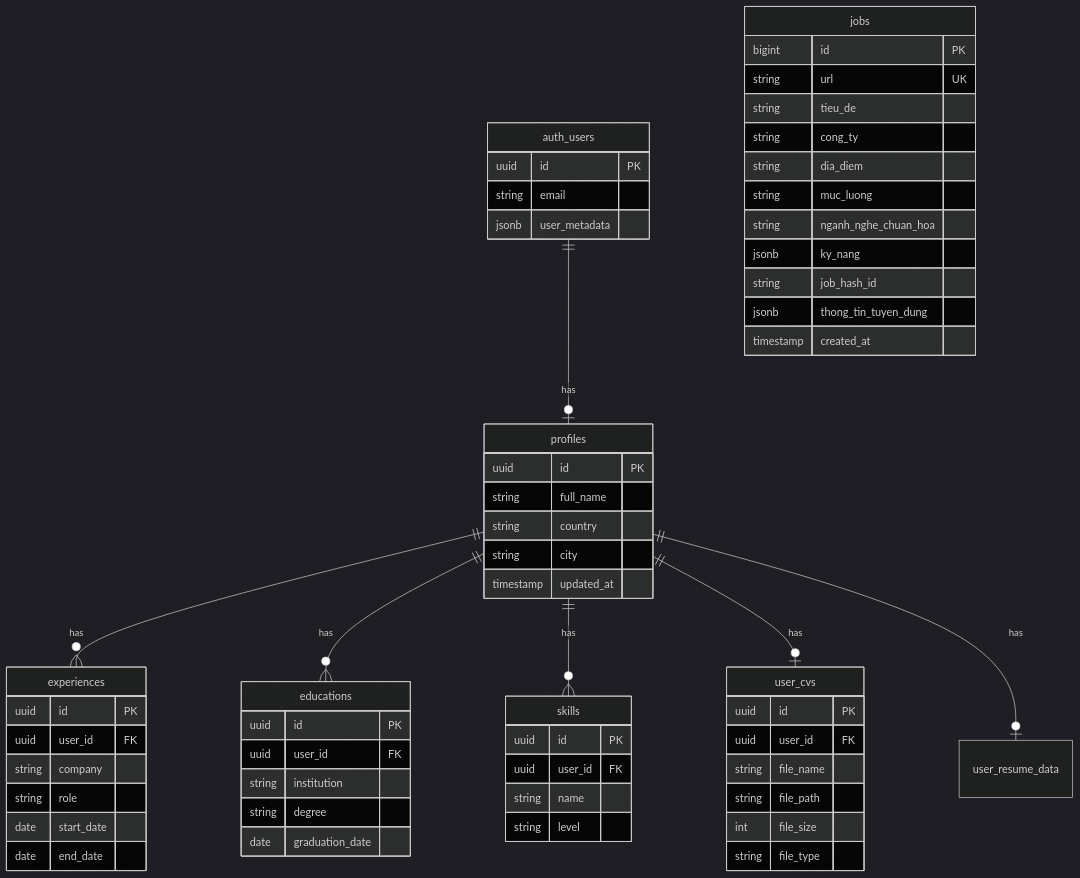
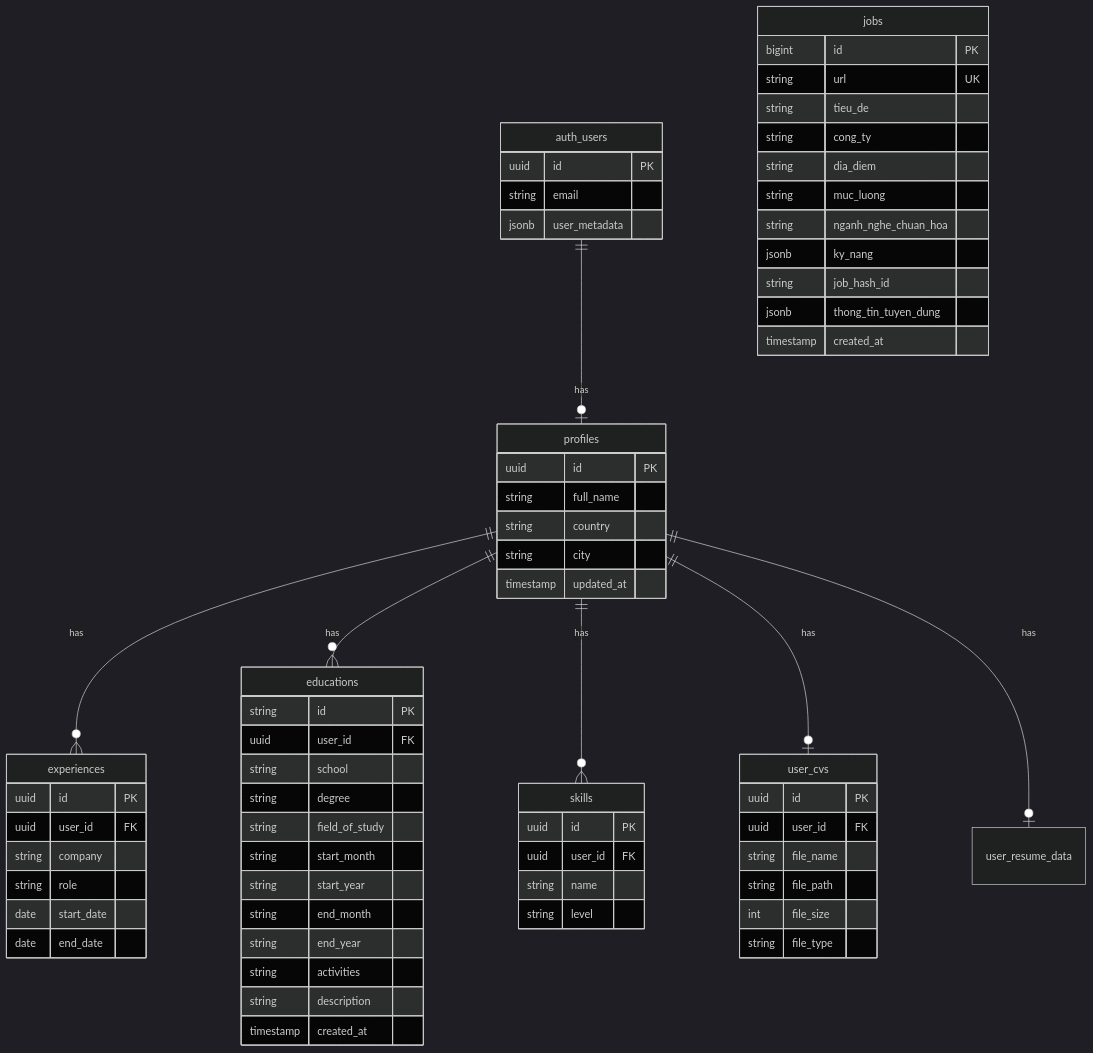
Before and after one commit to Vinhnguyen1227/Job-Market-Analytics-Platform: the sixth of 12 diagrams in thesis_2_complete.md, drawn with Mermaid (dark theme). The commit also changed other lines of this file and 83 other files, not shown here.

Commit message:
feat: add thesis documentation, architectural diagrams, and memory-bank planning files while updating existing thesis content.

````diff
--- a/thesis_2_complete.md
+++ b/thesis_2_complete.md
@@ -298,70 +346,77 @@
 ```mermaid
 erDiagram
     auth_users ||--o| profiles : "has"
     profiles ||--o{ experiences : "has"
     profiles ||--o{ educations : "has"
     profiles ||--o{ skills : "has"
     profiles ||--o| user_cvs : "has"
     profiles ||--o| user_resume_data : "has"
     
     auth_users {
         uuid id PK
         string email
         jsonb user_metadata
     }
     
     profiles {
         uuid id PK
         string full_name
         string country
         string city
         timestamp updated_at
     }
     
     experiences {
         uuid id PK
         uuid user_id FK
         string company
         string role
         date start_date
         date end_date
     }
     
     educations {
-        uuid id PK
+        string id PK
         uuid user_id FK
-        string institution
+        string school
         string degree
-        date graduation_date
+        string field_of_study
+        string start_month
+        string start_year
+        string end_month
+        string end_year
+        string activities
+        string description
+        timestamp created_at
     }
     
     skills {
         uuid id PK
         uuid user_id FK
         string name
         string level
     }
     
     user_cvs {
         uuid id PK
         uuid user_id FK
         string file_name
         string file_path
         int file_size
         string file_type
     }
     
     jobs {
         bigint id PK
         string url UK
         string tieu_de
         string cong_ty
         string dia_diem
         string muc_luong
         string nganh_nghe_chuan_hoa
         jsonb ky_nang
         string job_hash_id
         jsonb thong_tin_tuyen_dung
         timestamp created_at
     }
 ```
````
